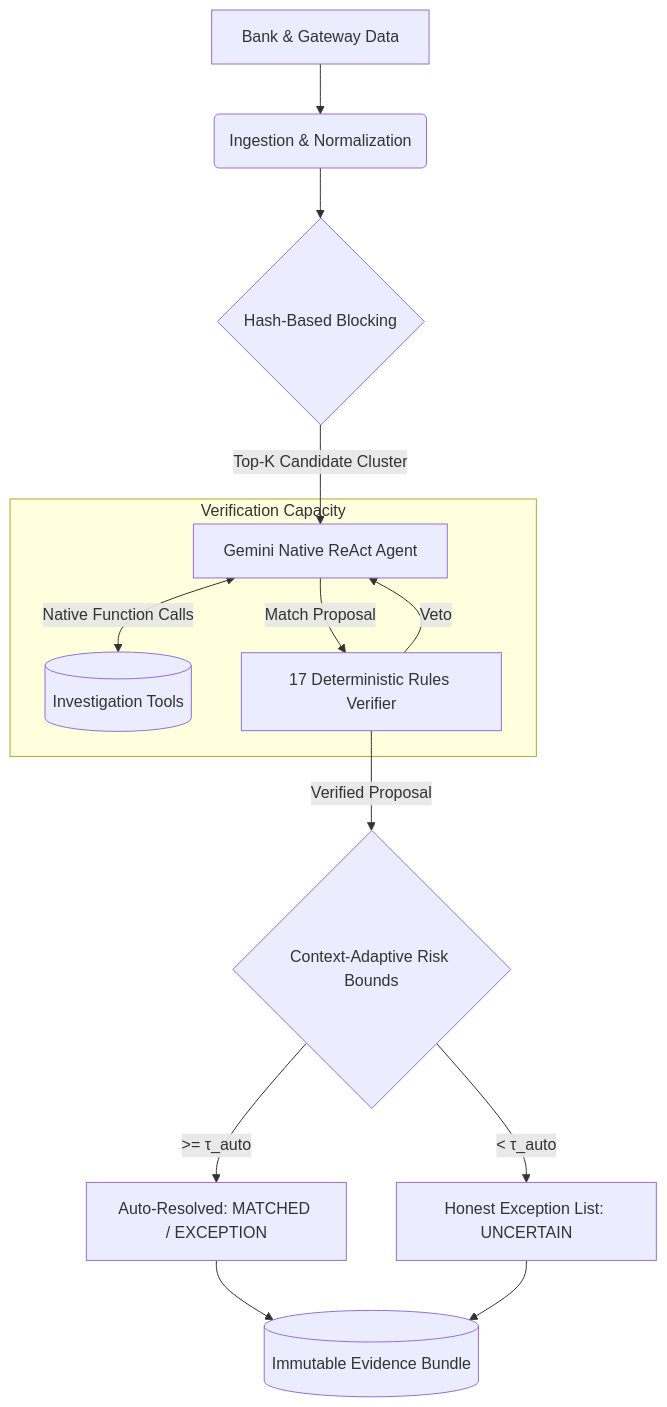
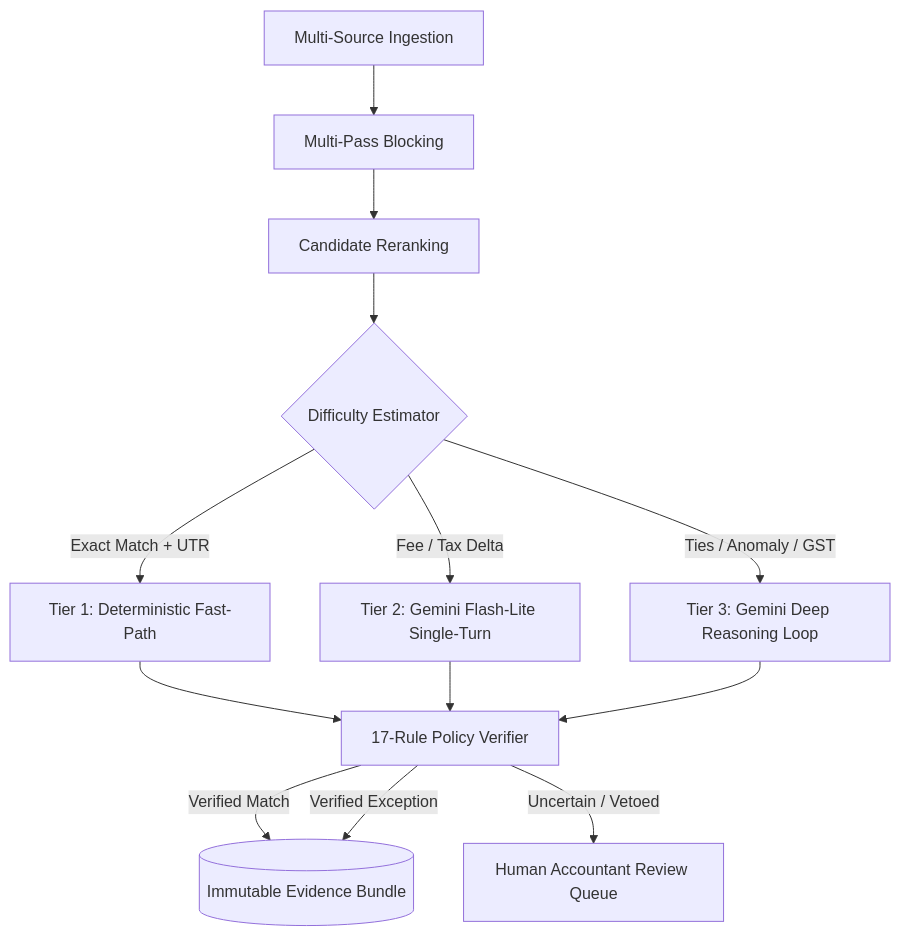
One commit to sRiSh-JaNa-tech/Finance-Ops-Controller changed the diagram in README.md. Above: the diagram before and after it, drawn with Mermaid. The commit also changed other lines of this file and 17 other files, not shown here.

````diff
--- a/README.md
+++ b/README.md
@@ -26,19 +21,18 @@
 ```mermaid
 graph TD
-    A[Bank & Gateway Data] --> B(Ingestion & Normalization)
-    B --> C{Hash-Based Blocking}
-    C -->|Top-K Candidate Cluster| D[Gemini Native ReAct Agent]
+    A[Multi-Source Ingestion] --> B[Multi-Pass Blocking]
+    B --> C[Candidate Reranking]
+    C --> D{Difficulty Estimator}
     
-    subgraph "Verification Capacity"
-    D <-->|Native Function Calls| E[(Investigation Tools)]
-    D -->|Match Proposal| F[17 Deterministic Rules Verifier]
-    F -->|Veto| D
-    end
+    D -->|Exact Match + UTR| E[Tier 1: Deterministic Fast-Path]
+    D -->|Fee / Tax Delta| F[Tier 2: Gemini Flash-Lite Single-Turn]
+    D -->|Ties / Anomaly / GST| G[Tier 3: Gemini Deep Reasoning Loop]
     
-    F -->|Verified Proposal| G{Context-Adaptive Risk Bounds}
-    G -->|>= τ_auto| H[Auto-Resolved: MATCHED / EXCEPTION]
-    G -->|< τ_auto| I[Honest Exception List: UNCERTAIN]
+    E --> H[17-Rule Policy Verifier]
+    F --> H
+    G --> H
     
-    H --> J[(Immutable Evidence Bundle)]
-    I --> J
+    H -->|Verified Match| I[(Immutable Evidence Bundle)]
+    H -->|Verified Exception| I
+    H -->|Uncertain / Vetoed| J[Human Accountant Review Queue]
 ```
````
